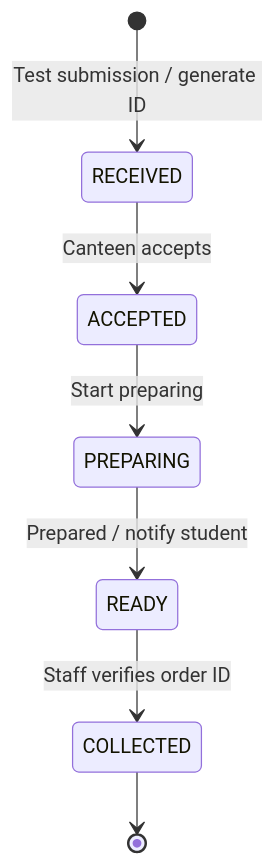
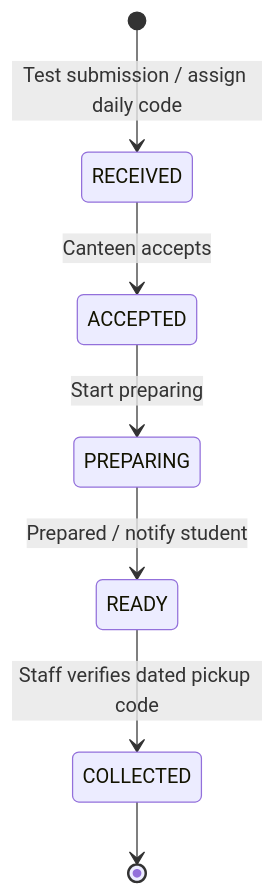
The diagram in README.md (tanu15-png/Build_BV), drawn with Mermaid before and after one commit. The commit also changed other lines of this file and 20 other files, not shown here.

````diff
--- a/README.md
+++ b/README.md
@@ -68,9 +68,9 @@
 ```mermaid
 stateDiagram-v2
-    [*] --> RECEIVED: Test submission / generate ID
+    [*] --> RECEIVED: Test submission / assign daily code
     RECEIVED --> ACCEPTED: Canteen accepts
     ACCEPTED --> PREPARING: Start preparing
     PREPARING --> READY: Prepared / notify student
-    READY --> COLLECTED: Staff verifies order ID
+    READY --> COLLECTED: Staff verifies dated pickup code
     COLLECTED --> [*]
 ```
````
